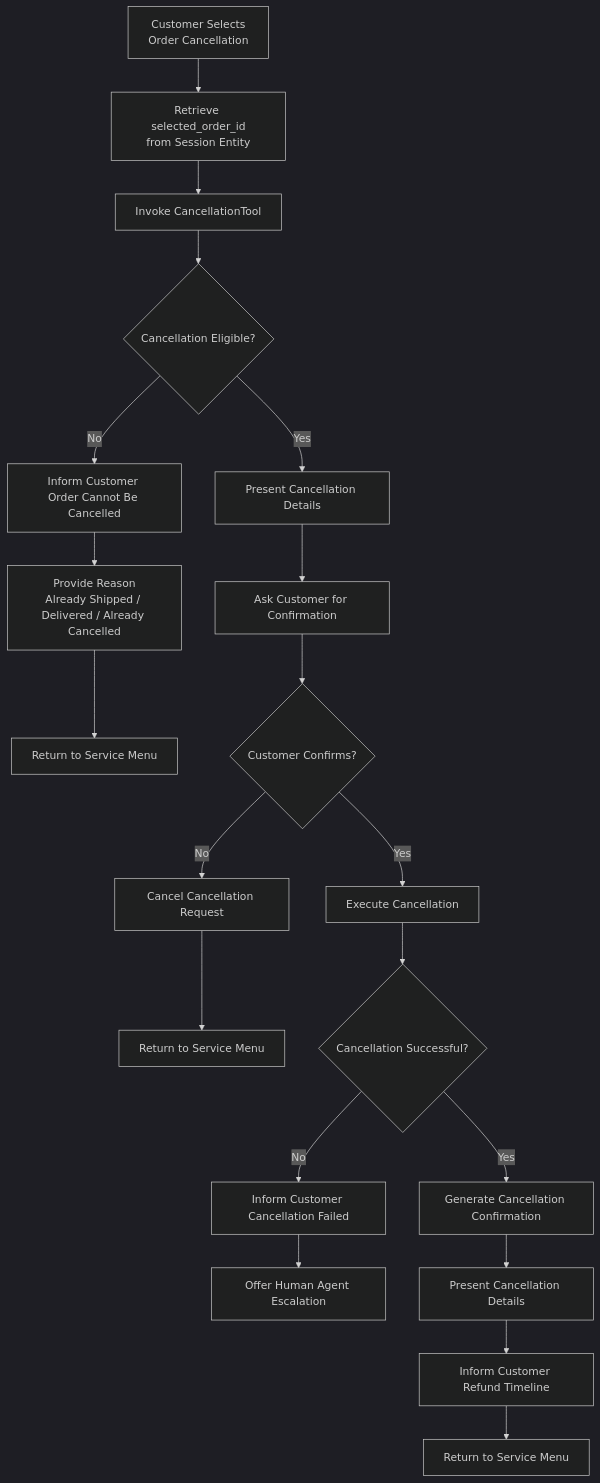
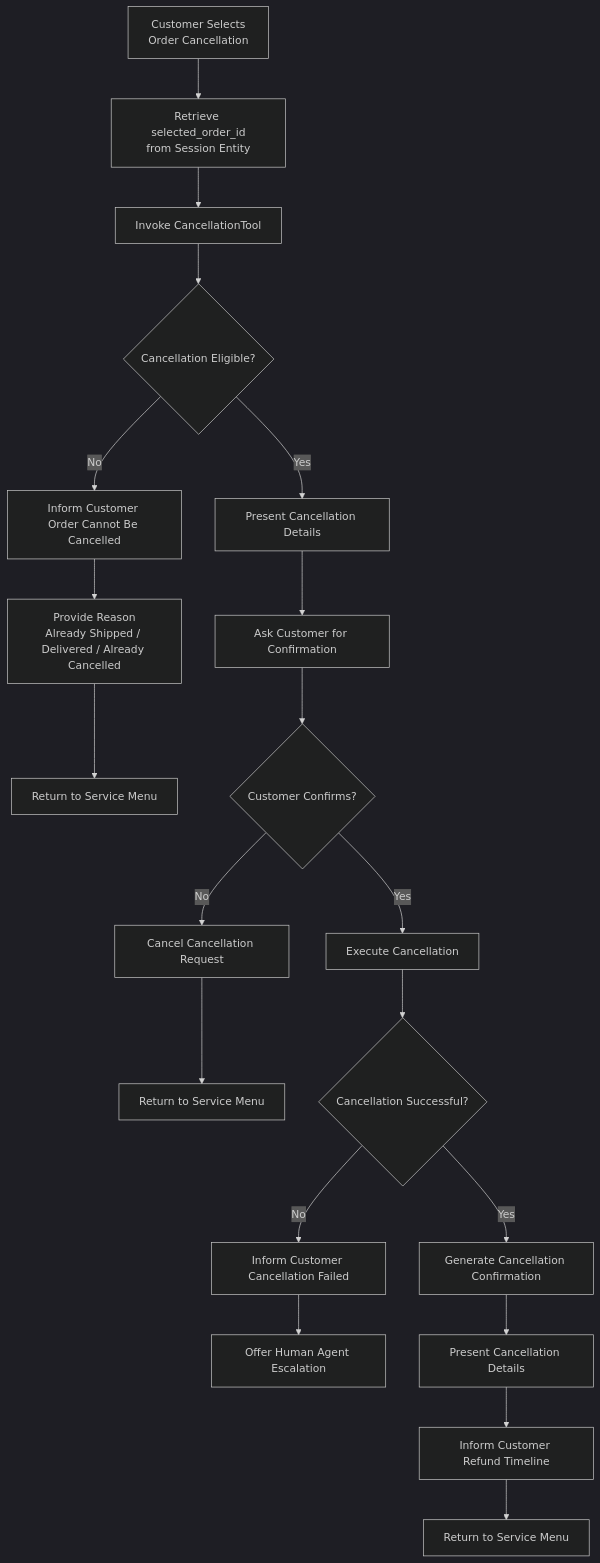
Before and after one commit to anshikasaini12/retail-cx-voice-agent-gcp: the diagram in diagrams/cancellation_flow.mmd, drawn with Mermaid (dark theme).

```diff
--- a/diagrams/cancellation_flow.mmd
+++ b/diagrams/cancellation_flow.mmd
@@ -1,42 +1,42 @@
-%%{init: {'flowchart': {'useMaxWidth': true}} }%%
+%%{init: {'flowchart': {'nodeSpacing': 50, 'rankSpacing': 60}} }%%
 flowchart TD
 
 A[Customer Selects<br/>Order Cancellation]
 
 --> B[Retrieve selected_order_id<br/>from Session Entity]
 
 --> C[Invoke CancellationTool]
 
 --> D{Cancellation Eligible?}
 
 D -- No --> E[Inform Customer <br/>Order Cannot Be Cancelled]
 
 E --> F[Provide Reason<br/>Already Shipped / Delivered / Already Cancelled]
 
 F --> G[Return to Service Menu]
 
 D -- Yes --> H[Present Cancellation Details]
 
 H --> I[Ask Customer for Confirmation]
 
 I --> J{Customer Confirms?}
 
 J -- No --> K[Cancel Cancellation Request]
 
 K --> L[Return to Service Menu]
 
 J -- Yes --> M[Execute Cancellation]
 
 M --> N{Cancellation Successful?}
 
 N -- No --> O[Inform Customer Cancellation Failed]
 
 O --> P[Offer Human Agent Escalation]
 
 N -- Yes --> Q[Generate Cancellation Confirmation]
 
 Q --> R[Present Cancellation Details]
 
 R --> S[Inform Customer Refund Timeline]
 
 S --> T[Return to Service Menu]
```
